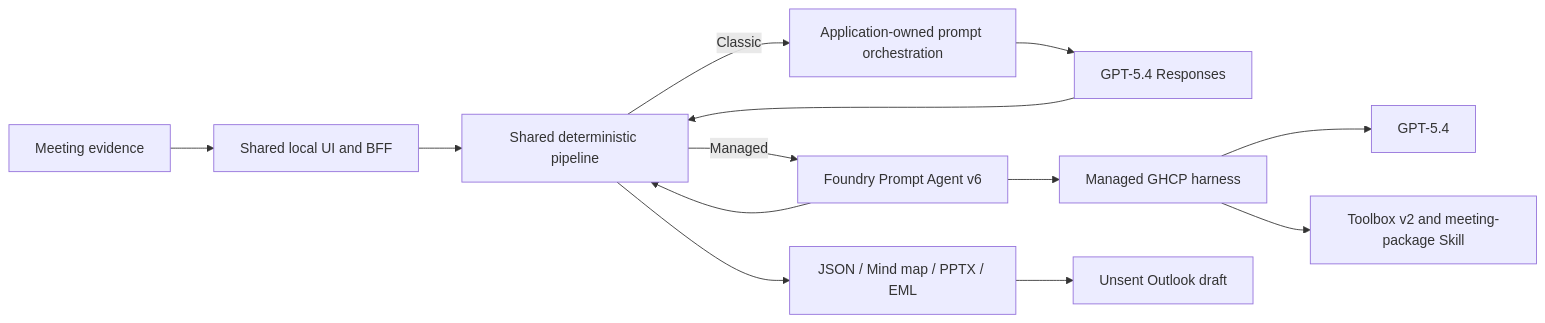
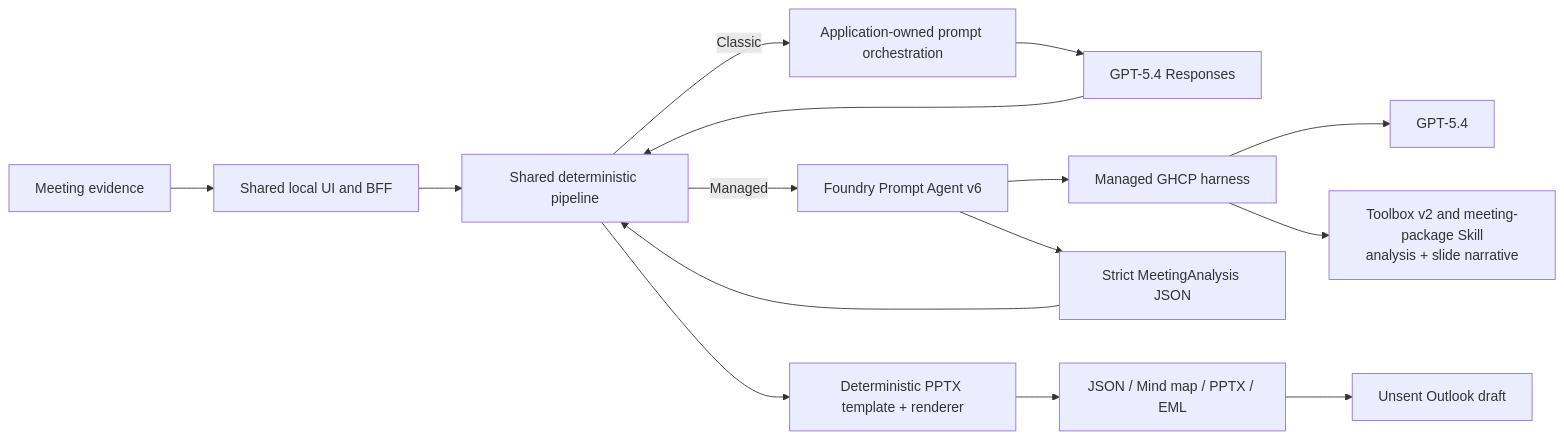
One commit to david-xinyuwei/david-share changed the diagram in Agents/Meeting-Agent/managed-agent/docs/IMPLEMENTATION-COMPARISON.md. Above: the diagram before and after it, drawn with Mermaid. The commit also changed other lines of this file and 20 other files, not shown here.

Commit message:
feat(meeting-agent): clarify managed runtime architecture

````diff
--- a/Agents/Meeting-Agent/managed-agent/docs/IMPLEMENTATION-COMPARISON.md
+++ b/Agents/Meeting-Agent/managed-agent/docs/IMPLEMENTATION-COMPARISON.md
@@ -18,15 +18,17 @@
 ```mermaid
 flowchart LR
     E[Meeting evidence] --> UI[Shared local UI and BFF]
     UI --> P[Shared deterministic pipeline]
     P -->|Classic| C[Application-owned prompt orchestration]
     C --> M1[GPT-5.4 Responses]
     P -->|Managed| A[Foundry Prompt Agent v6]
     A --> H[Managed GHCP harness]
     H --> M2[GPT-5.4]
-    H --> T[Toolbox v2 and meeting-package Skill]
+    H --> T[Toolbox v2 and meeting-package Skill\nanalysis + slide narrative]
     M1 --> P
-    A --> P
-    P --> O[JSON / Mind map / PPTX / EML]
+    A --> J[Strict MeetingAnalysis JSON]
+    J --> P
+    P --> R[Deterministic PPTX template + renderer]
+    R --> O[JSON / Mind map / PPTX / EML]
     O --> D[Unsent Outlook draft]
 ```
````
